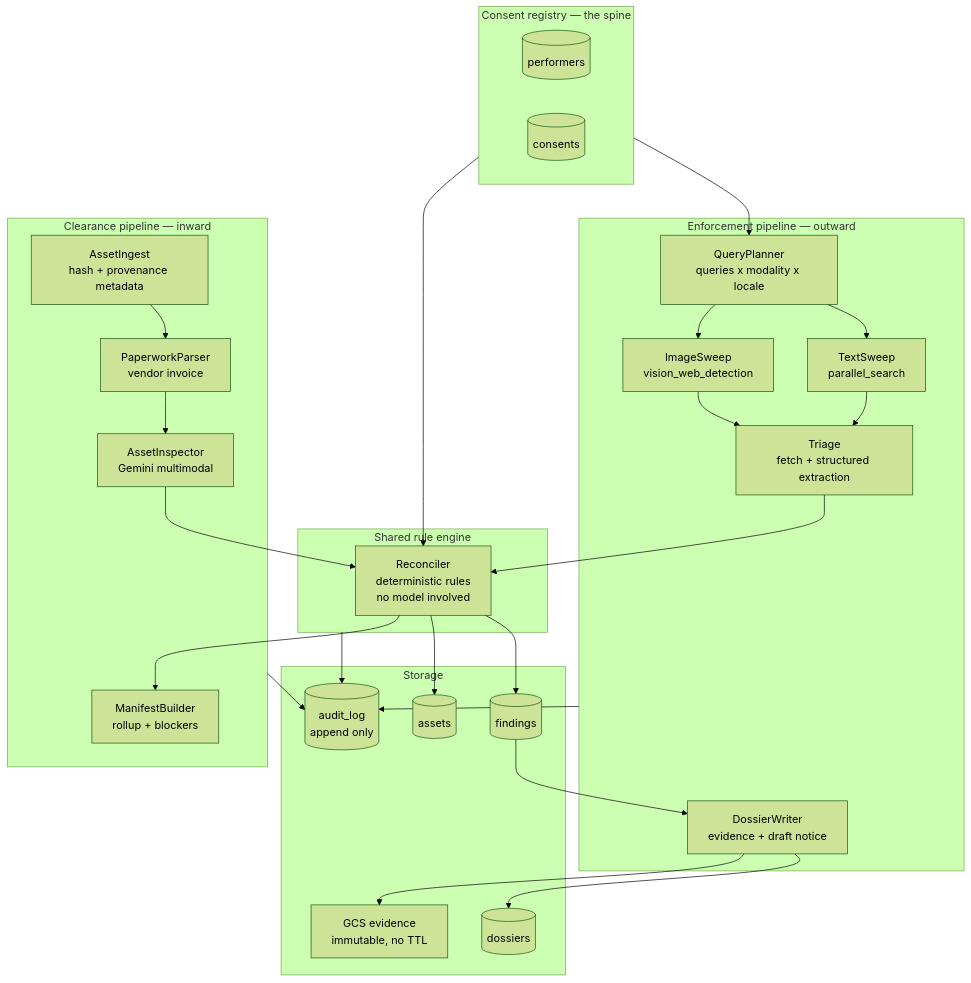
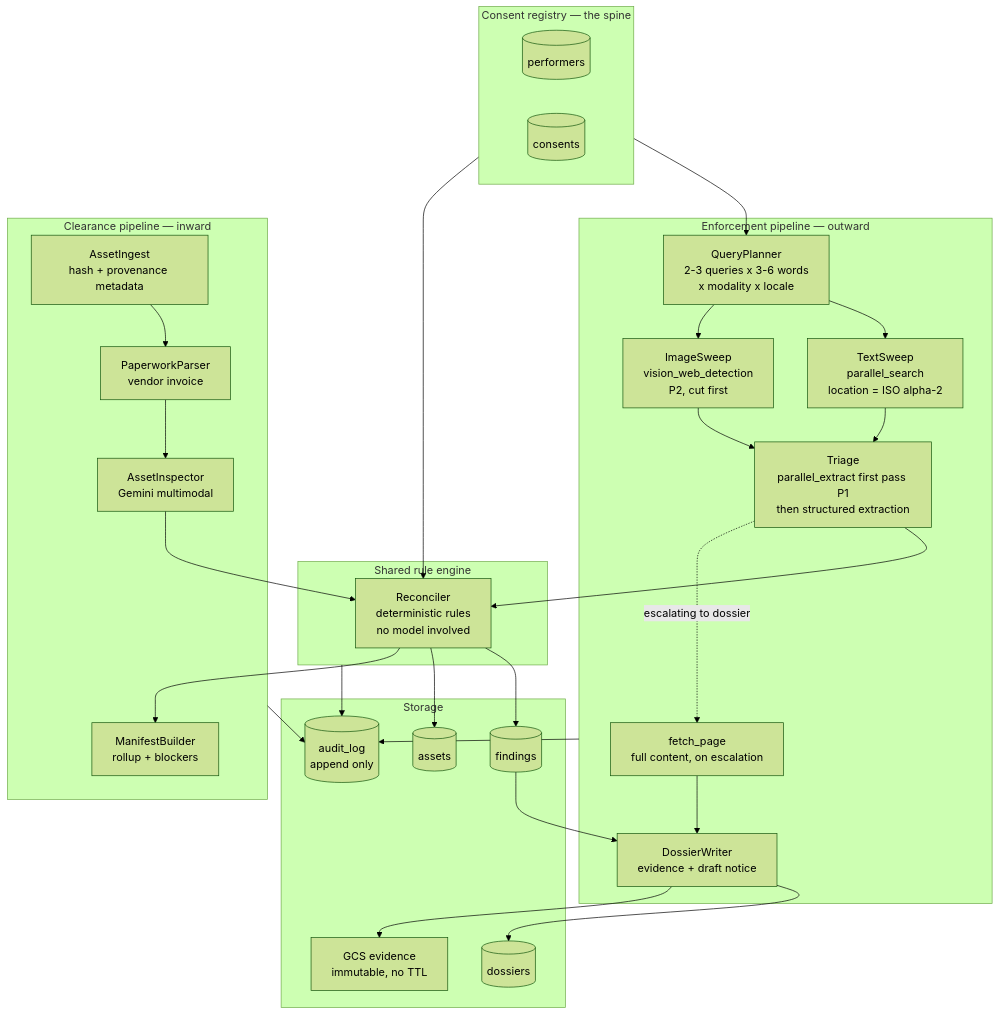
Before and after one commit to PRACHIT27/Consentinel: the second of 9 diagrams in ARCHITECTURE.md, drawn with Mermaid (forest theme). The commit also changed other lines of this file and 6 other files, not shown here.

````diff
--- a/ARCHITECTURE.md
+++ b/ARCHITECTURE.md
@@ -44,54 +69,57 @@
 ```mermaid
 flowchart TB
     subgraph REG["Consent registry — the spine"]
         R1[("performers")]
         R2[("consents")]
     end
 
     subgraph ENF["Enforcement pipeline — outward"]
-        E1["QueryPlanner<br/>queries x modality x locale"]
-        E2["TextSweep<br/>parallel_search"]
-        E3["ImageSweep<br/>vision_web_detection"]
-        E4["Triage<br/>fetch + structured extraction"]
+        E1["QueryPlanner<br/>2-3 queries x 3-6 words<br/>x modality x locale"]
+        E2["TextSweep<br/>parallel_search<br/>location = ISO alpha-2"]
+        E3["ImageSweep<br/>vision_web_detection<br/>P2, cut first"]
+        E4["Triage<br/>parallel_extract first pass P1<br/>then structured extraction"]
+        E6["fetch_page<br/>full content, on escalation"]
         E5["DossierWriter<br/>evidence + draft notice"]
     end
 
     subgraph RULE["Shared rule engine"]
         RE["Reconciler<br/>deterministic rules<br/>no model involved"]
     end
 
     subgraph CLR["Clearance pipeline — inward"]
         C1["AssetIngest<br/>hash + provenance metadata"]
         C2["PaperworkParser<br/>vendor invoice"]
         C3["AssetInspector<br/>Gemini multimodal"]
         C4["ManifestBuilder<br/>rollup + blockers"]
     end
 
     subgraph STORE["Storage"]
         S1[("findings")]
         S2[("assets")]
         S3[("dossiers")]
         S4[("audit_log<br/>append only")]
         S5["GCS evidence<br/>immutable, no TTL"]
     end
 
     REG --> E1
     E1 --> E2
     E1 --> E3
     E2 --> E4
     E3 --> E4
     E4 --> RE
+    E4 -.->|"escalating to dossier"| E6
+    E6 --> E5
     C1 --> C2
     C2 --> C3
     C3 --> RE
     REG --> RE
     RE --> S1
     RE --> S2
     RE --> C4
     S1 --> E5
     E5 --> S3
     E5 --> S5
     ENF --> S4
     CLR --> S4
     RULE --> S4
 ```
````
